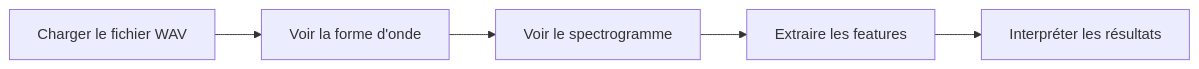
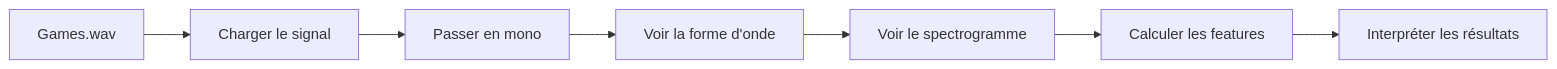
Before and after one commit to yugmerabtene/MAST_DIA_A2_AUDIO_MUSIC_PROCESSING: the diagram in labs/lab-01/README.md, drawn with Mermaid. The commit also changed other lines of this file and 8 other files, not shown here.

````diff
--- a/labs/lab-01/README.md
+++ b/labs/lab-01/README.md
@@ -10,7 +23,9 @@
 ```mermaid
 flowchart LR
-    A[Charger le fichier WAV] --> B[Voir la forme d'onde]
-    B --> C[Voir le spectrogramme]
-    C --> D[Extraire les features]
-    D --> E[Interpréter les résultats]
+    A[Games.wav] --> B[Charger le signal]
+    B --> C[Passer en mono]
+    C --> D[Voir la forme d'onde]
+    D --> E[Voir le spectrogramme]
+    E --> F[Calculer les features]
+    F --> G[Interpréter les résultats]
 ```
````
